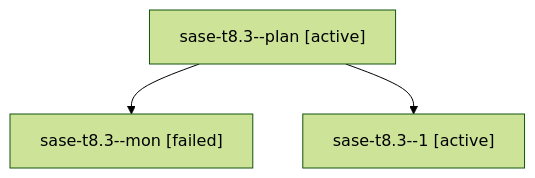
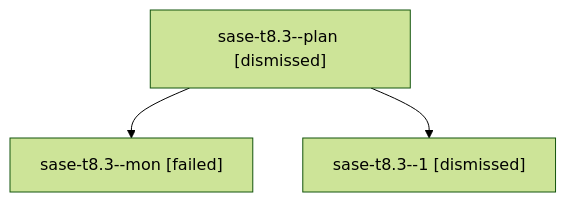
The diagram in sessions/bbugyi200.athena.sase-t8.3.md (sase-org/sase--agents), drawn with Mermaid (forest theme) before and after one commit. The commit also changed other lines of this file and 189 other files, not shown here.

````diff
--- a/sessions/bbugyi200.athena.sase-t8.3.md
+++ b/sessions/bbugyi200.athena.sase-t8.3.md
@@ -9,8 +9,8 @@
 ```mermaid
 flowchart TD
-  n0["sase-t8.3--plan [active]"]
+  n0["sase-t8.3--plan [dismissed]"]
   n1["sase-t8.3--mon [failed]"]
   n0 --> n1
-  n2["sase-t8.3--1 [active]"]
+  n2["sase-t8.3--1 [dismissed]"]
   n0 --> n2
 ```
````
